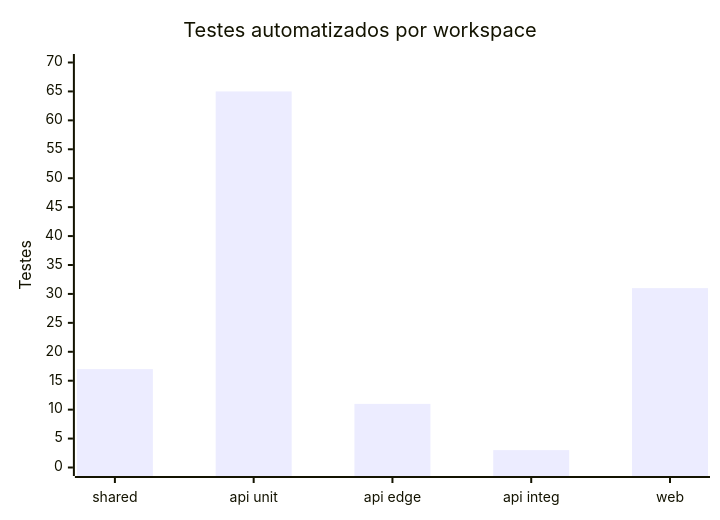
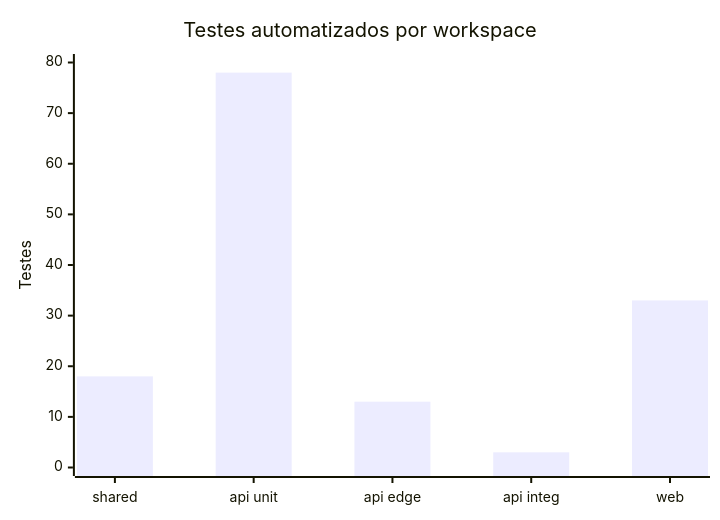
Before and after one commit to Digooow/pokedex-frontend: the ninth of 12 diagrams in README.md, drawn with Mermaid. The commit also changed other lines of this file and 51 other files, not shown here.

````diff
--- a/README.md
+++ b/README.md
@@ -526,7 +527,7 @@
 ```mermaid
 xychart-beta
   title "Testes automatizados por workspace"
   x-axis ["shared", "api unit", "api edge", "api integ", "web"]
-  y-axis "Testes" 0 --> 70
-  bar [17, 65, 11, 3, 31]
+  y-axis "Testes" 0 --> 80
+  bar [18, 78, 13, 3, 33]
 ```
````
